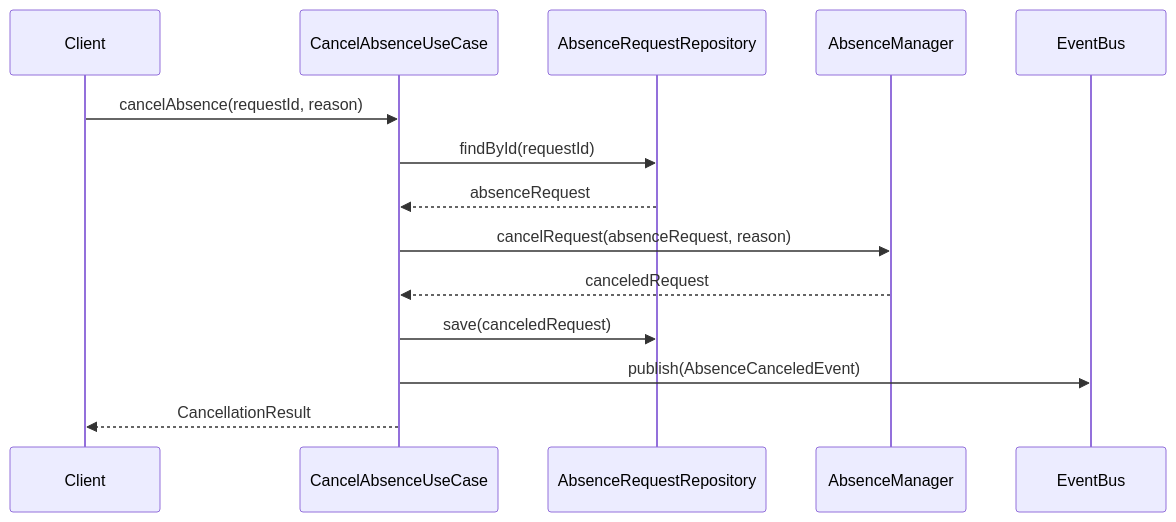
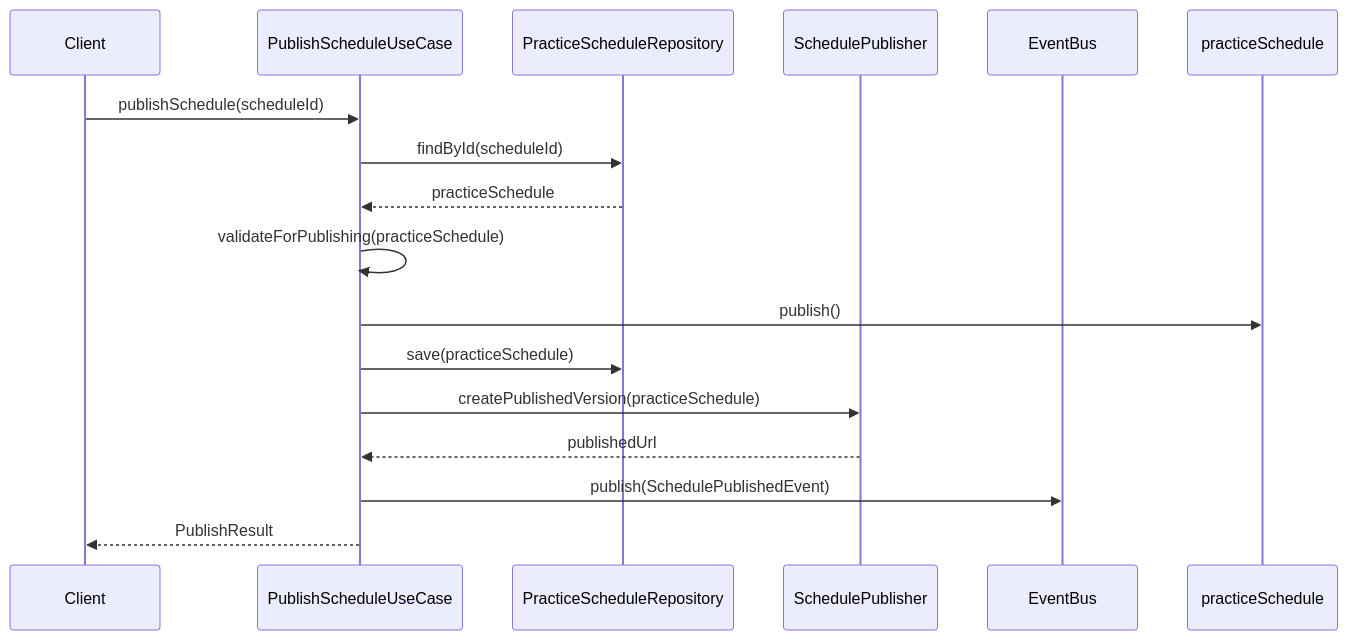
Before and after one commit to NowatariSoma/tomosigoto_nou_system: the ninth of 18 diagrams in 設計書/05_アプリケーション層.md, drawn with Mermaid. The commit also changed other lines of this file and 12 other files, not shown here.

````diff
--- a/設計書/05_アプリケーション層.md
+++ b/設計書/05_アプリケーション層.md
@@ -249,17 +322,19 @@
 ```mermaid
 sequenceDiagram
     participant Client
-    participant UseCase as CancelAbsenceUseCase
-    participant Repository as AbsenceRequestRepository
-    participant Manager as AbsenceManager
+    participant UseCase as PublishScheduleUseCase
+    participant Repository as PracticeScheduleRepository
+    participant Publisher as SchedulePublisher
     participant EventBus
     
-    Client->>UseCase: cancelAbsence(requestId, reason)
-    UseCase->>Repository: findById(requestId)
-    Repository-->>UseCase: absenceRequest
-    UseCase->>Manager: cancelRequest(absenceRequest, reason)
-    Manager-->>UseCase: canceledRequest
-    UseCase->>Repository: save(canceledRequest)
-    UseCase->>EventBus: publish(AbsenceCanceledEvent)
-    UseCase-->>Client: CancellationResult
+    Client->>UseCase: publishSchedule(scheduleId)
+    UseCase->>Repository: findById(scheduleId)
+    Repository-->>UseCase: practiceSchedule
+    UseCase->>UseCase: validateForPublishing(practiceSchedule)
+    UseCase->>practiceSchedule: publish()
+    UseCase->>Repository: save(practiceSchedule)
+    UseCase->>Publisher: createPublishedVersion(practiceSchedule)
+    Publisher-->>UseCase: publishedUrl
+    UseCase->>EventBus: publish(SchedulePublishedEvent)
+    UseCase-->>Client: PublishResult
 ```
````
